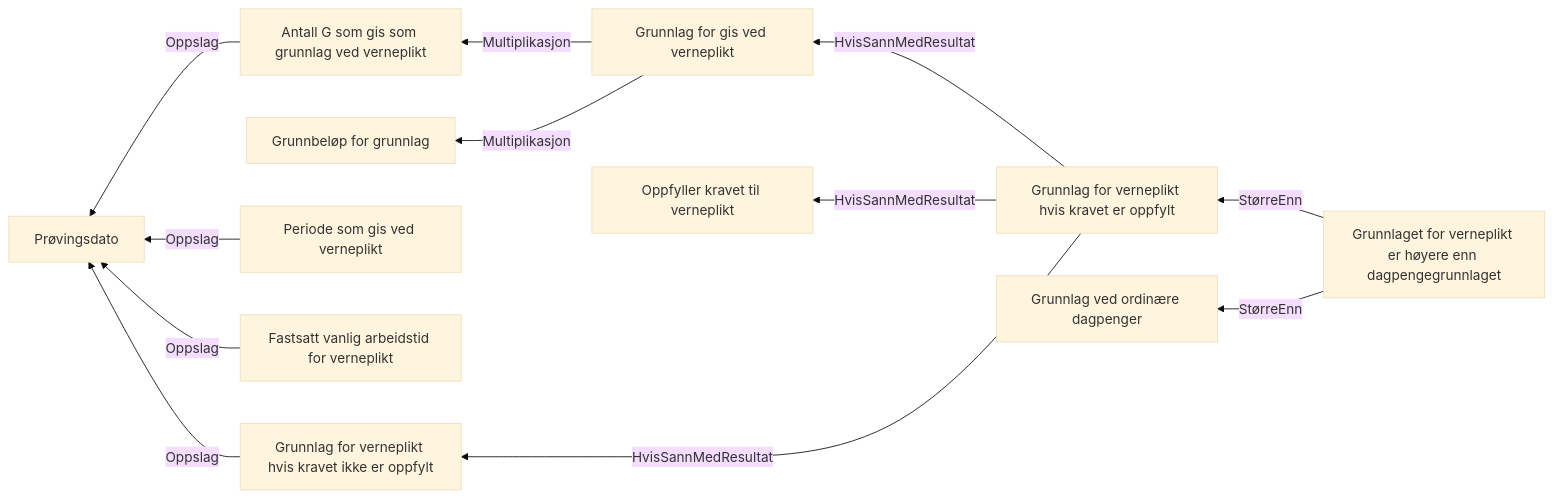
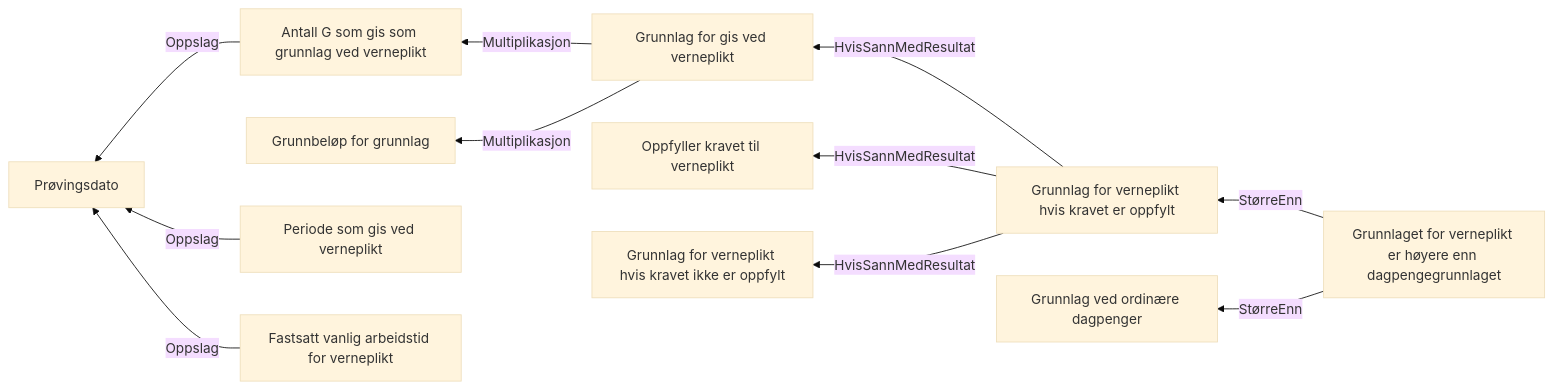
The diagram in docs/regler/§ 4-19 Verneplikt (fastsetting).approved.md (navikt/dp-behandling), drawn with Mermaid (base theme) before and after one commit. The commit also changed 26 other files, not shown here.

````diff
--- a/docs/regler/§ 4-19 Verneplikt (fastsetting).approved.md
+++ b/docs/regler/§ 4-19 Verneplikt (fastsetting).approved.md
@@ -5,14 +5,13 @@
 ```mermaid
 graph RL
   A["Antall G som gis som grunnlag ved verneplikt"] -->|"Oppslag"| B["Prøvingsdato"]
   C["Grunnlag for gis ved verneplikt"] -->|"Multiplikasjon"| D["Grunnbeløp for grunnlag"]
   C["Grunnlag for gis ved verneplikt"] -->|"Multiplikasjon"| A["Antall G som gis som grunnlag ved verneplikt"]
   E["Periode som gis ved verneplikt"] -->|"Oppslag"| B["Prøvingsdato"]
   F["Fastsatt vanlig arbeidstid for verneplikt"] -->|"Oppslag"| B["Prøvingsdato"]
-  G["Grunnlag for verneplikt hvis kravet ikke er oppfylt"] -->|"Oppslag"| B["Prøvingsdato"]
-  H["Grunnlag for verneplikt hvis kravet er oppfylt"] -->|"HvisSannMedResultat"| I["Oppfyller kravet til verneplikt"]
-  H["Grunnlag for verneplikt hvis kravet er oppfylt"] -->|"HvisSannMedResultat"| C["Grunnlag for gis ved verneplikt"]
-  H["Grunnlag for verneplikt hvis kravet er oppfylt"] -->|"HvisSannMedResultat"| G["Grunnlag for verneplikt hvis kravet ikke er oppfylt"]
-  J["Grunnlaget for verneplikt er høyere enn dagpengegrunnlaget"] -->|"StørreEnn"| H["Grunnlag for verneplikt hvis kravet er oppfylt"]
+  G["Grunnlag for verneplikt hvis kravet er oppfylt"] -->|"HvisSannMedResultat"| H["Oppfyller kravet til verneplikt"]
+  G["Grunnlag for verneplikt hvis kravet er oppfylt"] -->|"HvisSannMedResultat"| C["Grunnlag for gis ved verneplikt"]
+  G["Grunnlag for verneplikt hvis kravet er oppfylt"] -->|"HvisSannMedResultat"| I["Grunnlag for verneplikt hvis kravet ikke er oppfylt"]
+  J["Grunnlaget for verneplikt er høyere enn dagpengegrunnlaget"] -->|"StørreEnn"| G["Grunnlag for verneplikt hvis kravet er oppfylt"]
   J["Grunnlaget for verneplikt er høyere enn dagpengegrunnlaget"] -->|"StørreEnn"| K["Grunnlag ved ordinære dagpenger"]
 ```
````
